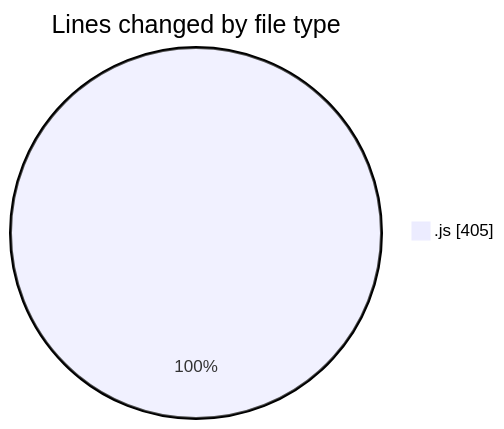
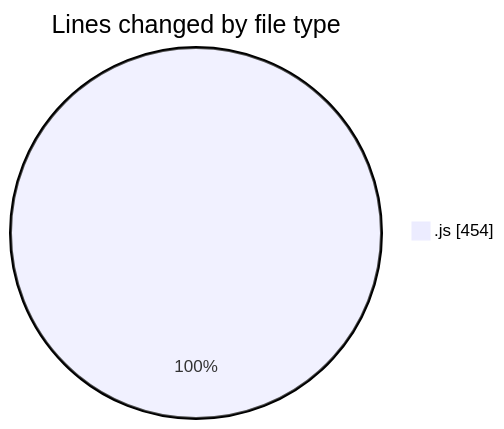
Before and after one commit to nxtqubesakshisongat/code-tracking: the first of 2 diagrams in 2025-06-19/nxtqube_webapp/README.md, drawn with Mermaid. The commit also changed other lines of this file and 1 other file, not shown here.

````diff
--- a/2025-06-19/nxtqube_webapp/README.md
+++ b/2025-06-19/nxtqube_webapp/README.md
@@ -26,5 +26,5 @@
 ```mermaid
 pie showData
 title Lines changed by file type
-".js" : 405
+".js" : 454
 ```
````
